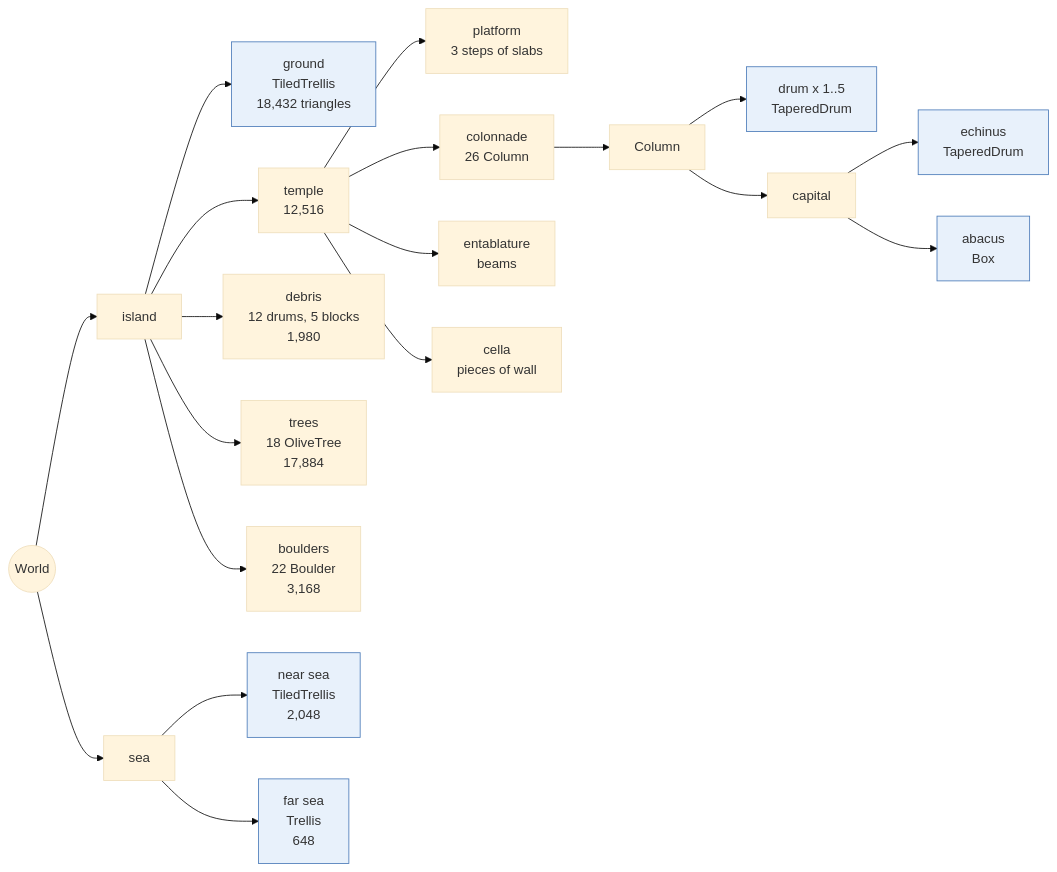
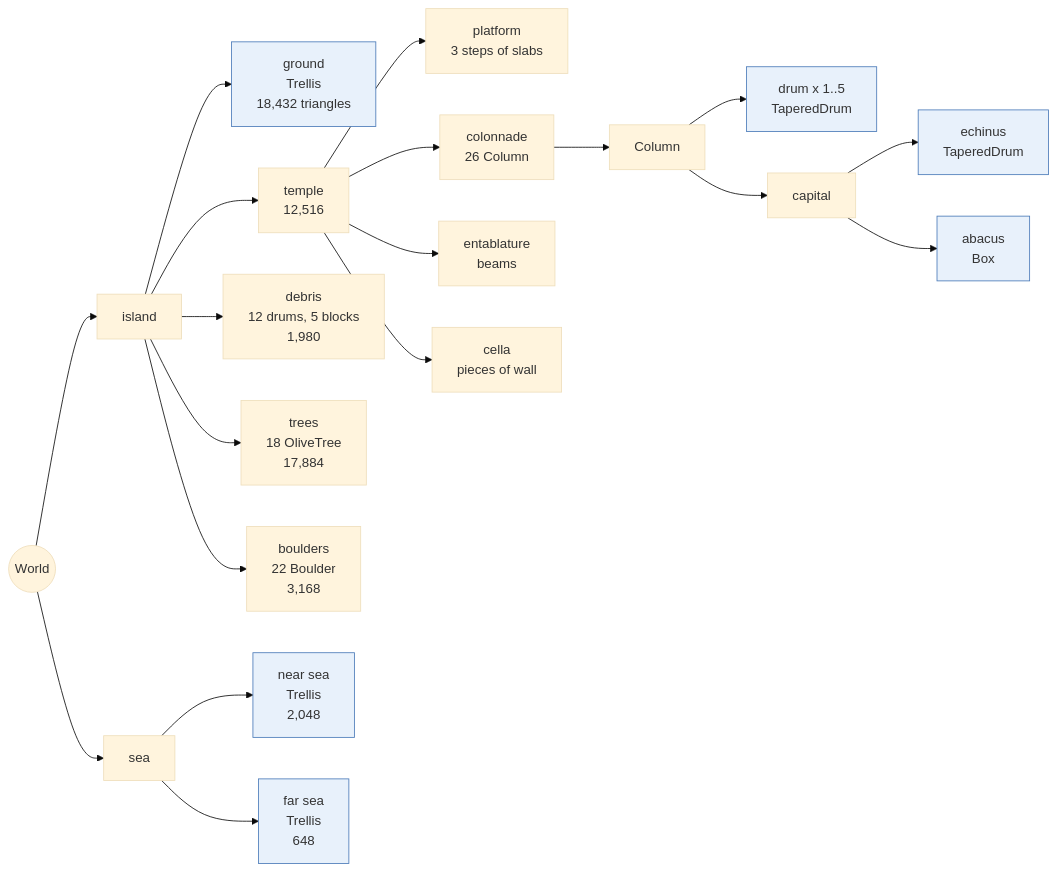
The fourth of 4 diagrams in docs/TEMPLE_RUINS.md (obarry/Aventura), drawn with Mermaid (base theme) before and after one commit. The commit also changed other lines of this file and 17 other files, not shown here.

````diff
--- a/docs/TEMPLE_RUINS.md
+++ b/docs/TEMPLE_RUINS.md
@@ -201,23 +201,23 @@
 ```mermaid
 flowchart LR
     W((World)) --> I[island]
     W --> S[sea]
-    I --> G["ground<br/>TiledTrellis<br/>18,432 triangles"]
+    I --> G["ground<br/>Trellis<br/>18,432 triangles"]
     I --> T["temple<br/>12,516"]
     I --> D["debris<br/>12 drums, 5 blocks<br/>1,980"]
     I --> TRS["trees<br/>18 OliveTree<br/>17,884"]
     I --> B["boulders<br/>22 Boulder<br/>3,168"]
-    S --> NS["near sea<br/>TiledTrellis<br/>2,048"]
+    S --> NS["near sea<br/>Trellis<br/>2,048"]
     S --> FS["far sea<br/>Trellis<br/>648"]
     T --> P["platform<br/>3 steps of slabs"]
     T --> C["colonnade<br/>26 Column"]
     T --> E["entablature<br/>beams"]
     T --> CE["cella<br/>pieces of wall"]
     C --> COL["Column"]
     COL --> DR["drum x 1..5<br/>TaperedDrum"]
     COL --> CAP["capital"]
     CAP --> EC["echinus<br/>TaperedDrum"]
     CAP --> AB["abacus<br/>Box"]
     classDef leaf fill:#e8f1fb,stroke:#4a7ab8;
     class G,NS,FS,DR,EC,AB leaf;
 ```
````
